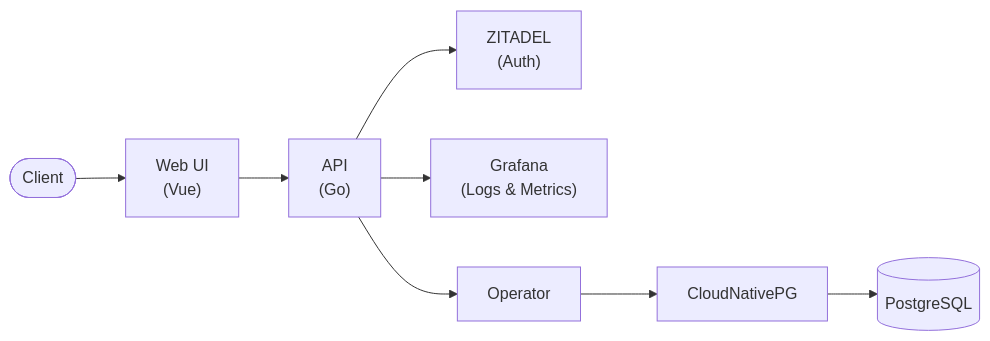
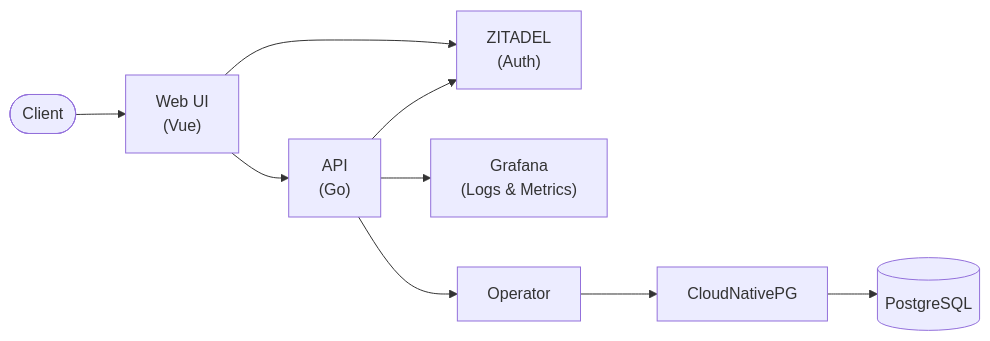
Before and after one commit to foyez/dbaas-platform: the diagram in README.md, drawn with Mermaid.

Commit message:
docs: update arch diagram

````diff
--- a/README.md
+++ b/README.md
@@ -9,12 +9,13 @@
 ```mermaid
 flowchart LR
     User(["Client"]) --> UI["Web UI<br/>(Vue)"]
     UI --> API["API<br/>(Go)"]
+    UI --> Auth["ZITADEL<br/>(Auth)"]
+    API --> Auth
 
-    API --> Auth["ZITADEL<br/>(Auth)"]
     API --> Obs["Grafana<br/>(Logs & Metrics)"]
     API --> Operator["Operator"]
 
     Operator --> CNPG["CloudNativePG"]
     CNPG --> PG[("PostgreSQL")]
 ```
````
